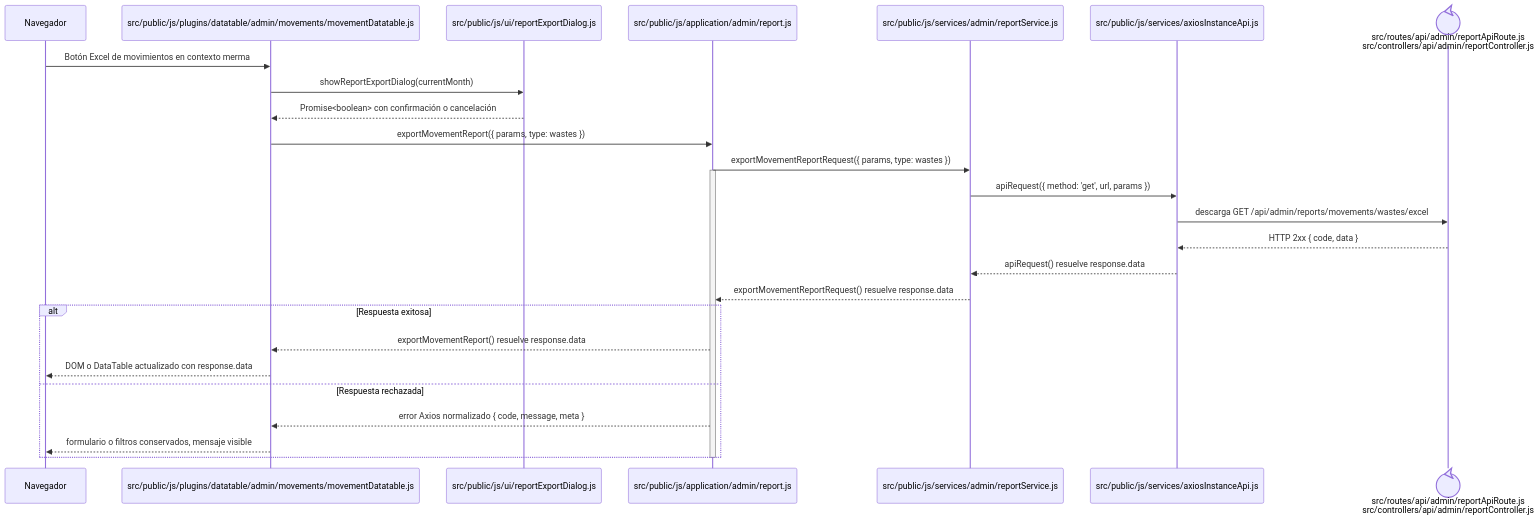
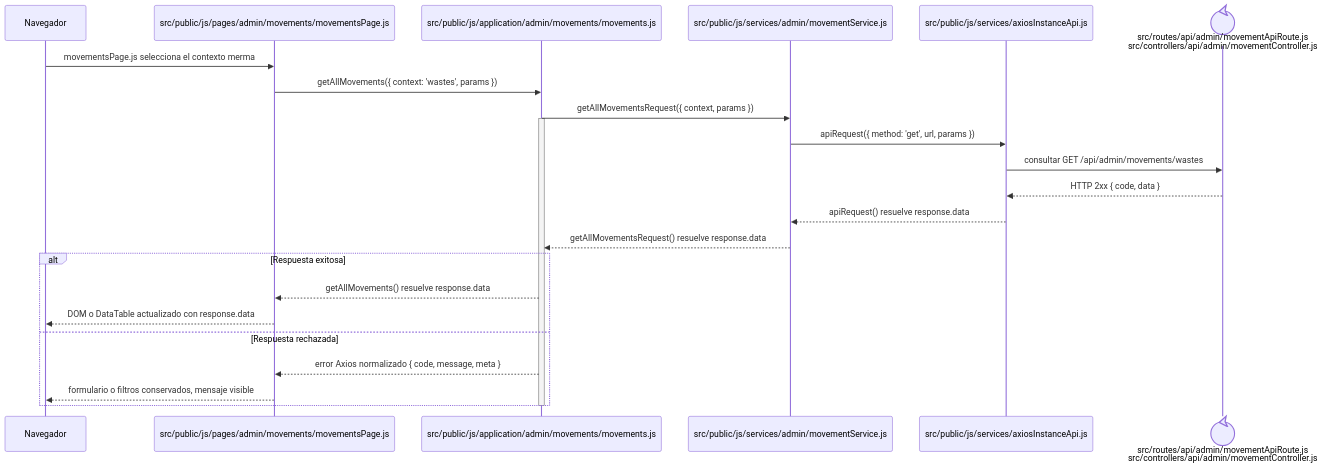
Before and after one commit to gpgsistemas01/nexus: the diagram in docs/architecture/frontend-code-sequences/catalogs/cu-alm-15.md, drawn with Mermaid. The commit also changed other lines of this file and 51 other files, not shown here.

````diff
--- a/docs/architecture/frontend-code-sequences/catalogs/cu-alm-15.md
+++ b/docs/architecture/frontend-code-sequences/catalogs/cu-alm-15.md
@@ -6,30 +6,27 @@
 ```mermaid
 sequenceDiagram
     participant Browser as Navegador
-    participant View as src/public/js/plugins/datatable/admin/movements/movementDatatable.js
-    participant Dialog as src/public/js/ui/reportExportDialog.js
-    participant Application as src/public/js/application/admin/report.js
-    participant Request as src/public/js/services/admin/reportService.js
+    participant View as src/public/js/pages/admin/movements/movementsPage.js
+    participant Application as src/public/js/application/admin/movements/movements.js
+    participant Request as src/public/js/services/admin/movementService.js
     participant HTTP as src/public/js/services/axiosInstanceApi.js
-    participant Transport@{ "type": "control" } as src/routes/api/admin/reportApiRoute.js<br/>src/controllers/api/admin/reportController.js
+    participant Transport@{ "type": "control" } as src/routes/api/admin/movementApiRoute.js<br/>src/controllers/api/admin/movementController.js
 
-    Browser->>View: Botón Excel de movimientos en contexto merma
-    View->>Dialog: showReportExportDialog(currentMonth)
-    Dialog-->>View: Promise<boolean> con confirmación o cancelación
-    View->>Application: exportMovementReport({ params, type: wastes })
-    Application->>Request: exportMovementReportRequest({ params, type: wastes })
+    Browser->>View: movementsPage.js selecciona el contexto merma
+    View->>Application: getAllMovements({ context: 'wastes', params })
+    Application->>Request: getAllMovementsRequest({ context, params })
     activate Application
     Request->>HTTP: apiRequest({ method: 'get', url, params })
-    HTTP->>Transport: descarga GET /api/admin/reports/movements/wastes/excel
+    HTTP->>Transport: consultar GET /api/admin/movements/wastes
     Transport-->>HTTP: HTTP 2xx { code, data }
     HTTP-->>Request: apiRequest() resuelve response.data
-    Request-->>Application: exportMovementReportRequest() resuelve response.data
+    Request-->>Application: getAllMovementsRequest() resuelve response.data
     alt Respuesta exitosa
-        Application-->>View: exportMovementReport() resuelve response.data
+        Application-->>View: getAllMovements() resuelve response.data
         View-->>Browser: DOM o DataTable actualizado con response.data
     else Respuesta rechazada
         Application-->>View: error Axios normalizado { code, message, meta }
         View-->>Browser: formulario o filtros conservados, mensaje visible
     end
     deactivate Application
 ```
````
